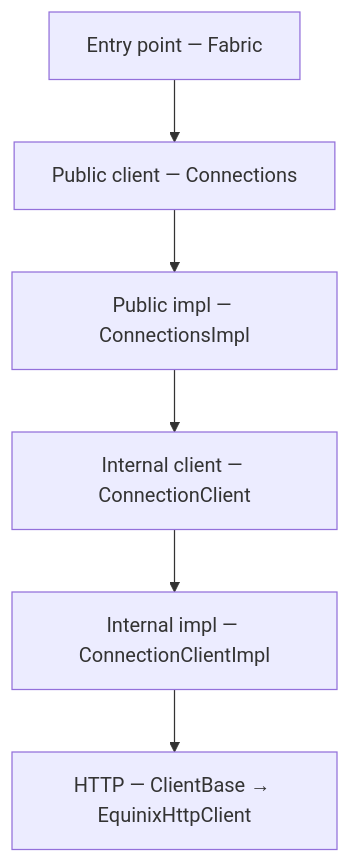
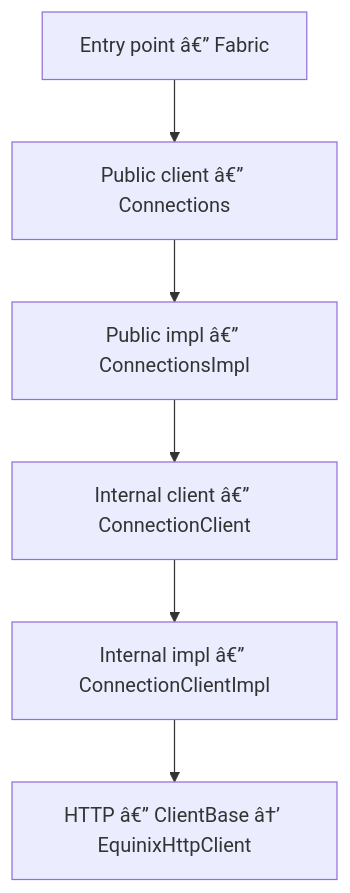
One commit to iantjones/equinix-java-sdk changed the third of 3 diagrams in README.md. Above: the diagram before and after it, drawn with Mermaid. The commit also changed other lines of this file and 1 other file, not shown here.

````diff
--- a/README.md
+++ b/README.md
@@ -2217,10 +2217,10 @@
 ```mermaid
 flowchart TB
-    e["Entry point — Fabric"]
-    pc["Public client — Connections"]
-    pi["Public impl — ConnectionsImpl"]
-    ic["Internal client — ConnectionClient"]
-    ii["Internal impl — ConnectionClientImpl"]
-    http["HTTP — ClientBase → EquinixHttpClient"]
+    e["Entry point â€” Fabric"]
+    pc["Public client â€” Connections"]
+    pi["Public impl â€” ConnectionsImpl"]
+    ic["Internal client â€” ConnectionClient"]
+    ii["Internal impl â€” ConnectionClientImpl"]
+    http["HTTP â€” ClientBase â†’ EquinixHttpClient"]
     e --> pc --> pi --> ic --> ii --> http
 ```
````
